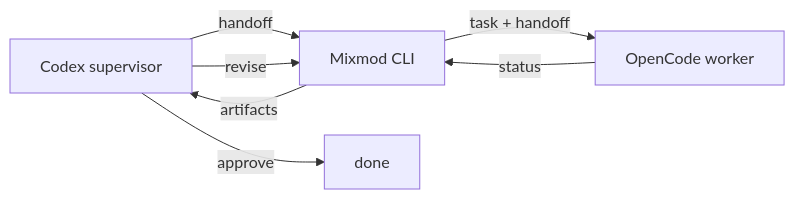
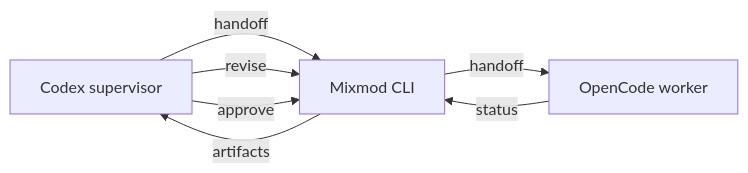
The diagram in README.md (rndhouse/mixmod), drawn with Mermaid before and after one commit.

Commit message:
Keep README diagram to core actors
Remove the terminal node and simplify the worker edge label so the workflow diagram stays high level.

````diff
--- a/README.md
+++ b/README.md
@@ -13,9 +13,9 @@
 ```mermaid
 flowchart LR
     Codex[Codex supervisor] -->|handoff| Mixmod[Mixmod CLI]
-    Mixmod -->|task + handoff| OpenCode[OpenCode worker]
+    Mixmod -->|handoff| OpenCode[OpenCode worker]
     OpenCode -->|status| Mixmod
     Mixmod -->|artifacts| Codex
     Codex -->|revise| Mixmod
-    Codex -->|approve| Done[done]
+    Codex -->|approve| Mixmod
 ```
````
